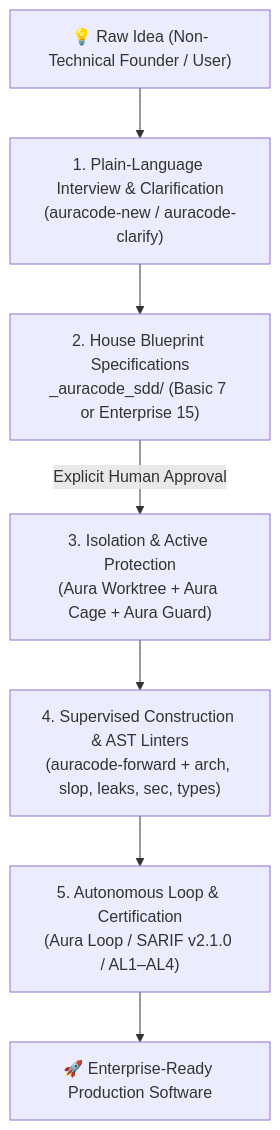
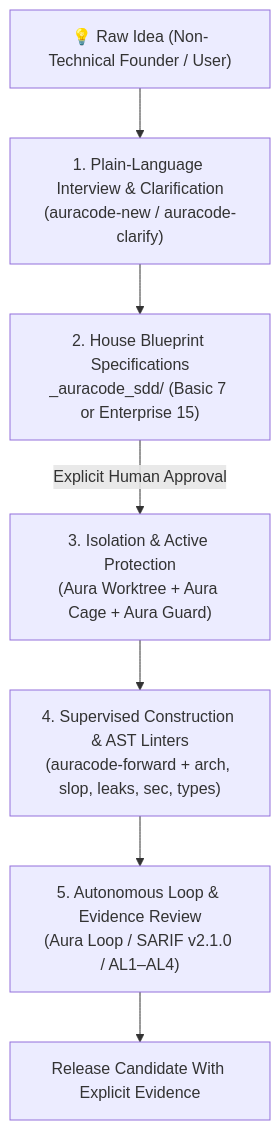
The diagram in README.md (Maferreira25/Aura-Code), drawn with Mermaid before and after one commit. The commit also changed other lines of this file and 146 other files, not shown here.

````diff
--- a/README.md
+++ b/README.md
@@ -112,9 +110,9 @@
 ```mermaid
 graph TD
     A["💡 Raw Idea (Non-Technical Founder / User)"] --> B["1. Plain-Language Interview & Clarification<br>(auracode-new / auracode-clarify)"]
     B --> C["2. House Blueprint Specifications<br>_auracode_sdd/ (Basic 7 or Enterprise 15)"]
     C -->|Explicit Human Approval| D["3. Isolation & Active Protection<br>(Aura Worktree + Aura Cage + Aura Guard)"]
     D --> E["4. Supervised Construction & AST Linters<br>(auracode-forward + arch, slop, leaks, sec, types)"]
-    E --> F["5. Autonomous Loop & Certification<br>(Aura Loop / SARIF v2.1.0 / AL1–AL4)"]
-    F --> G["🚀 Enterprise-Ready Production Software"]
+    E --> F["5. Autonomous Loop & Evidence Review<br>(Aura Loop / SARIF v2.1.0 / AL1–AL4)"]
+    F --> G["Release Candidate With Explicit Evidence"]
 ```
````
